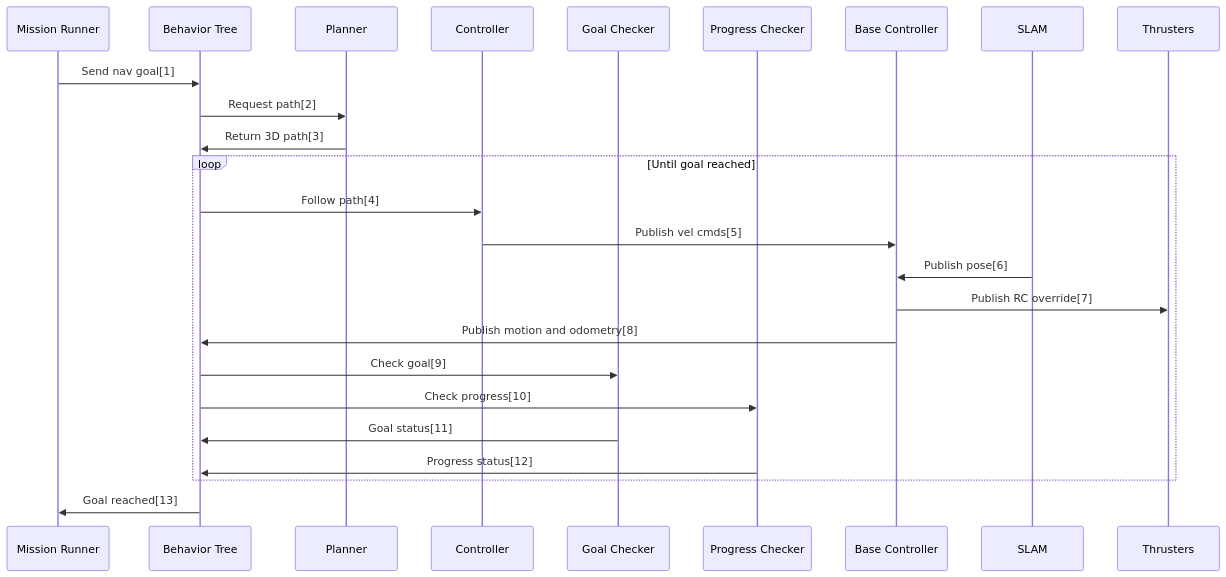
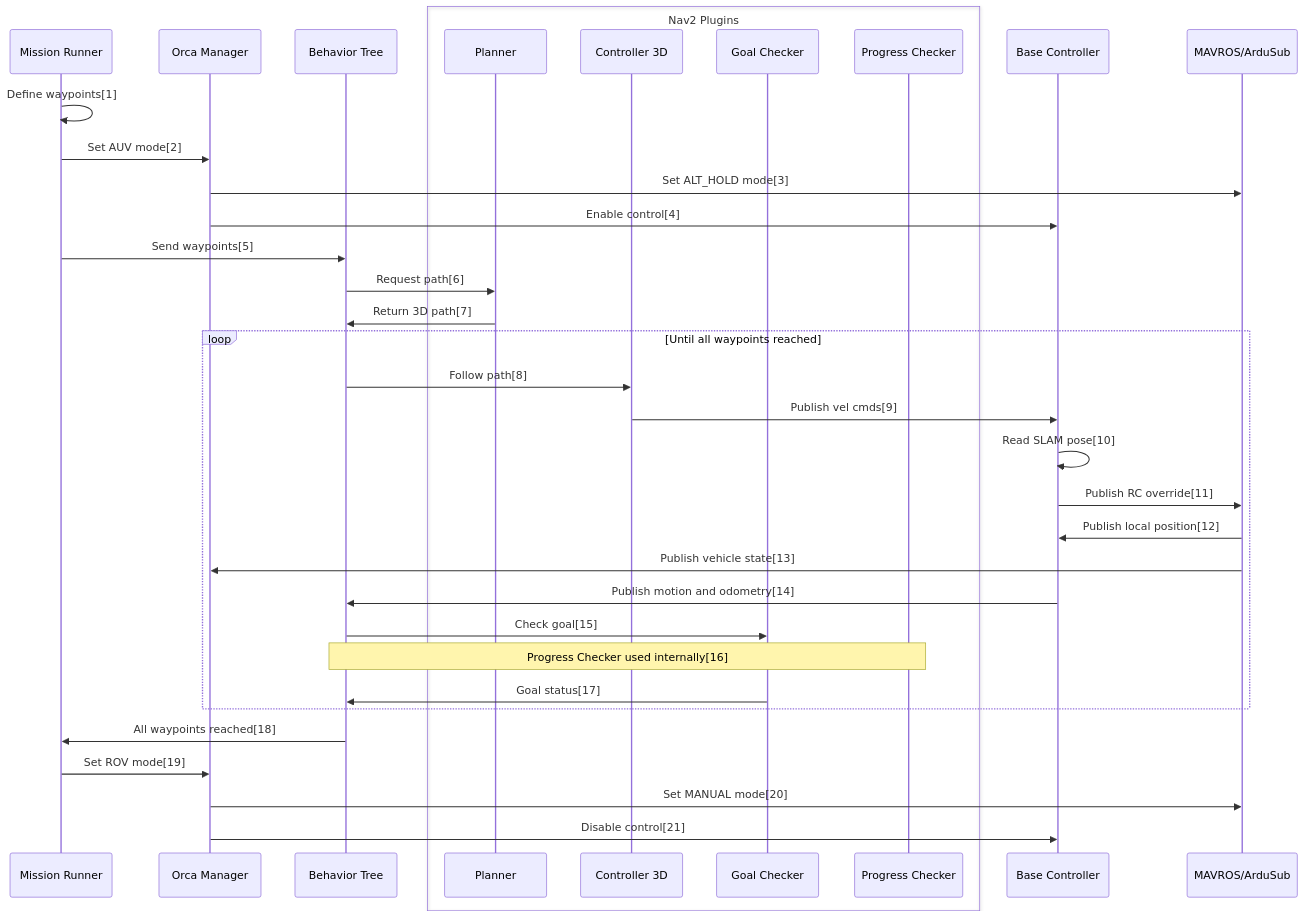
One commit to jogarcia-whoi/orca4 changed the diagram in orca_nav2/README.md. Above: the diagram before and after it, drawn with Mermaid. The commit also changed other lines of this file, not shown here.

Commit message:
docs: Include waypoints

````diff
--- a/orca_nav2/README.md
+++ b/orca_nav2/README.md
@@ -3,28 +3,38 @@
 ```mermaid
 sequenceDiagram
     participant MR as Mission Runner
+    participant OM as Orca Manager
     participant BT as Behavior Tree
+    box Nav2 Plugins
     participant P as Planner
-    participant C as Controller
+    participant C3D as Controller 3D
     participant GC as Goal Checker
     participant PC as Progress Checker
+    end
     participant BC as Base Controller
-    participant SLAM as SLAM
-    participant T as Thrusters
+    participant MA as MAVROS/ArduSub
 
-    MR->>BT: Send nav goal[1]
-    BT->>P: Request path[2]
-    P->>BT: Return 3D path[3]
-    loop Until goal reached
-        BT->>C: Follow path[4]
-        C->>BC: Publish vel cmds[5]
-        SLAM->>BC: Publish pose[6]
-        BC->>T: Publish RC override[7]
-        BC->>BT: Publish motion and odometry[8]
-        BT->>GC: Check goal[9]
-        BT->>PC: Check progress[10]
-        GC->>BT: Goal status[11]
-        PC->>BT: Progress status[12]
+    MR->>MR: Define waypoints[1]
+    MR->>OM: Set AUV mode[2]
+    OM->>MA: Set ALT_HOLD mode[3]
+    OM->>BC: Enable control[4]
+    MR->>BT: Send waypoints[5]
+    BT->>P: Request path[6]
+    P->>BT: Return 3D path[7]
+    loop Until all waypoints reached
+        BT->>C3D: Follow path[8]
+        C3D->>BC: Publish vel cmds[9]
+        BC->>BC: Read SLAM pose[10]
+        BC->>MA: Publish RC override[11]
+        MA->>BC: Publish local position[12]
+        MA->>OM: Publish vehicle state[13]
+        BC->>BT: Publish motion and odometry[14]
+        BT->>GC: Check goal[15]
+        Note over BT,PC: Progress Checker used internally[16]
+        GC->>BT: Goal status[17]
     end
-    BT->>MR: Goal reached[13]
+    BT->>MR: All waypoints reached[18]
+    MR->>OM: Set ROV mode[19]
+    OM->>MA: Set MANUAL mode[20]
+    OM->>BC: Disable control[21]
 ```
````
